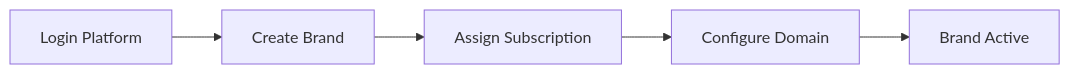
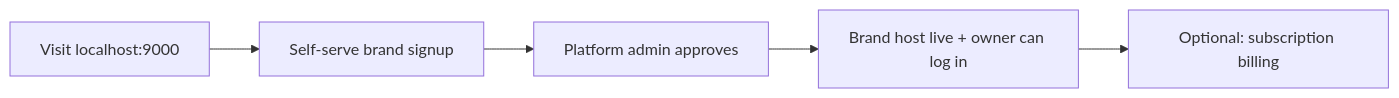
One commit to chetanbhansali28/EduNudg-hub changed the diagram in docs/journeys/platform-brand-onboarding.md. Above: the diagram before and after it, drawn with Mermaid. The commit also changed other lines of this file and 123 other files, not shown here.

````diff
--- a/docs/journeys/platform-brand-onboarding.md
+++ b/docs/journeys/platform-brand-onboarding.md
@@ -3,7 +7,7 @@
 ```mermaid
 flowchart LR
-  A[Login Platform] --> B[Create Brand]
-  B --> C[Assign Subscription]
-  C --> D[Configure Domain]
-  D --> E[Brand Active]
+  A[Visit localhost:9000] --> B[Self-serve brand signup]
+  B --> C[Platform admin approves]
+  C --> D[Brand host live + owner can log in]
+  D --> E[Optional: subscription billing]
 ```
````
